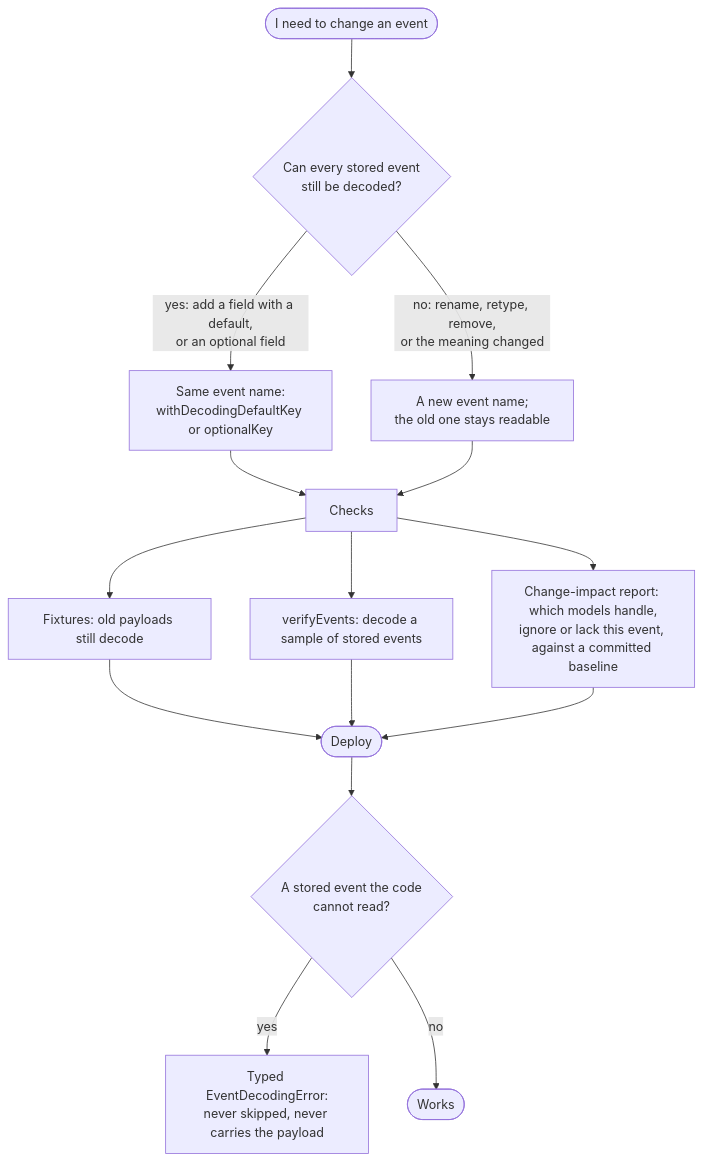
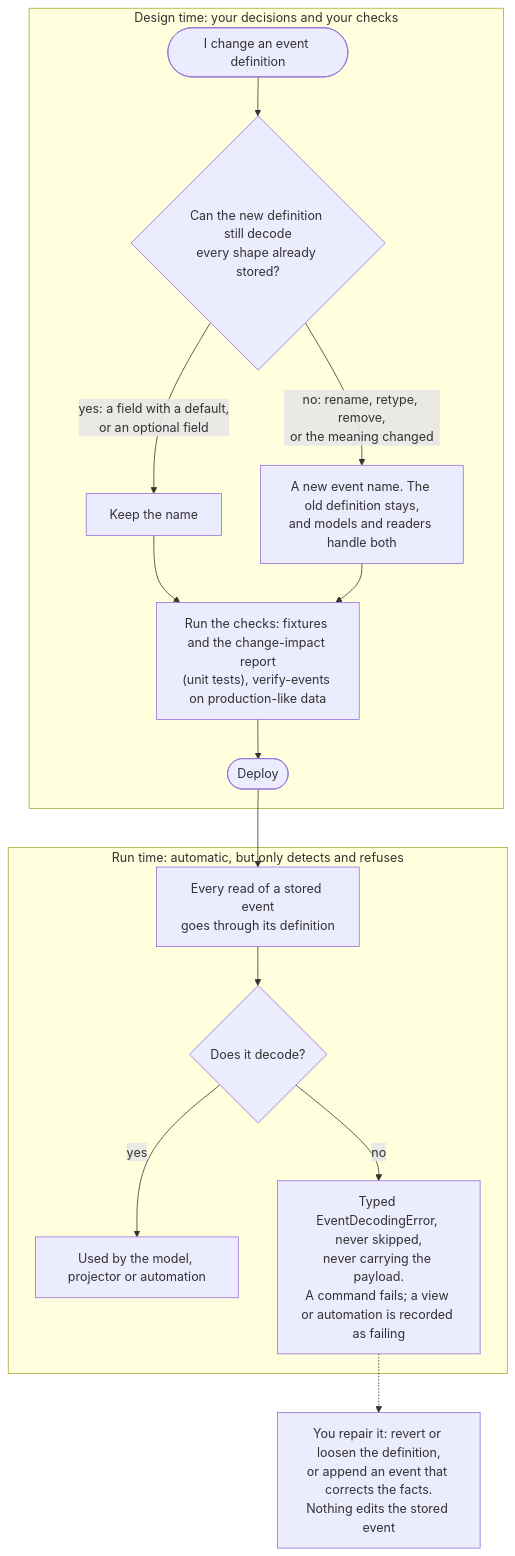
The seventh of 8 diagrams in docs/architecture.md (rodolfodpk/ts-effect-crablet), drawn with Mermaid before and after one commit. The commit also changed other lines of this file and 1 other file, not shown here.

Commit message:
Evolving events: who does what (you decide, the framework detects); the architecture diagram separates design time from run time

````diff
--- a/docs/architecture.md
+++ b/docs/architecture.md
@@ -234,17 +235,20 @@
 ```mermaid
 flowchart TD
-  want(["I need to change an event"]) --> kind{"Can every stored event<br/>still be decoded?"}
-  kind -- "yes: add a field with a default,<br/>or an optional field" --> compat["Same event name:<br/>withDecodingDefaultKey or optionalKey"]
-  kind -- "no: rename, retype, remove,<br/>or the meaning changed" --> newev["A new event name;<br/>the old one stays readable"]
-  compat --> checks
-  newev --> checks
-  checks["Checks"] --> fx["Fixtures: old payloads still decode"]
-  checks --> ve["verifyEvents: decode a sample of stored events"]
-  checks --> impact["Change-impact report: which models handle,<br/>ignore or lack this event, against a committed baseline"]
-  fx --> ship(["Deploy"])
-  ve --> ship
-  impact --> ship
-  ship --> bad{"A stored event the code<br/>cannot read?"}
-  bad -- yes --> fail["Typed EventDecodingError:<br/>never skipped, never carries the payload"]
-  bad -- no --> ok(["Works"])
+  subgraph design["Design time: your decisions and your checks"]
+    want(["I change an event definition"]) --> kind{"Can the new definition still decode<br/>every shape already stored?"}
+    kind -- "yes: a field with a default,<br/>or an optional field" --> compat["Keep the name"]
+    kind -- "no: rename, retype, remove,<br/>or the meaning changed" --> newev["A new event name. The old definition stays,<br/>and models and readers handle both"]
+    compat --> checks
+    newev --> checks
+    checks["Run the checks: fixtures and the change-impact report<br/>(unit tests), verify-events on production-like data"] --> ship(["Deploy"])
+  end
+
+  subgraph runtime["Run time: automatic, but only detects and refuses"]
+    read["Every read of a stored event<br/>goes through its definition"] --> ok{"Does it decode?"}
+    ok -- yes --> use["Used by the model, projector or automation"]
+    ok -- no --> err["Typed EventDecodingError, never skipped,<br/>never carrying the payload.<br/>A command fails; a view or automation is recorded as failing"]
+  end
+
+  ship --> read
+  err -.-> fix["You repair it: revert or loosen the definition,<br/>or append an event that corrects the facts.<br/>Nothing edits the stored event"]
 ```
````
